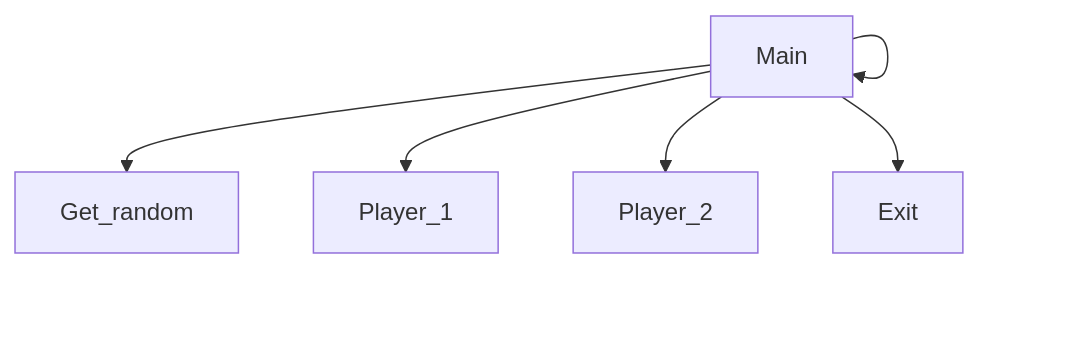
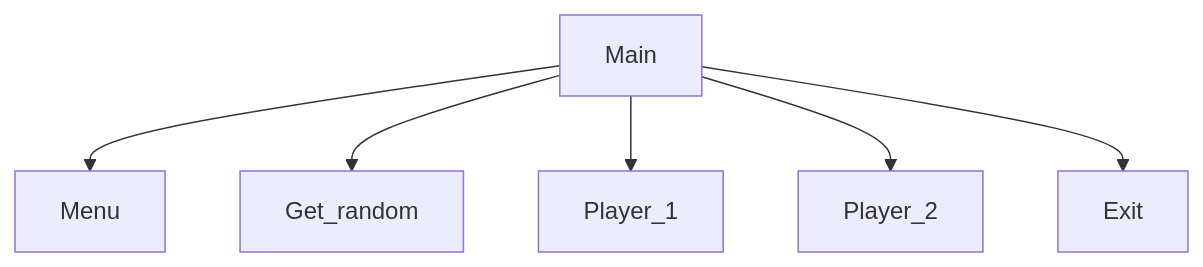
One commit to Oliver-915/Chapter-5-Project changed the diagram in README.md. Above: the diagram before and after it, drawn with Mermaid. The commit also changed other lines of this file, not shown here.

````diff
--- a/README.md
+++ b/README.md
@@ -8,8 +8,8 @@
 ```mermaid
 graph TD;
-  Main-->Main;
+  Main-->Menu;
   Main-->Get_random;
   Main-->Player_1;
   Main-->Player_2;
   Main-->Exit;
 ```
````
